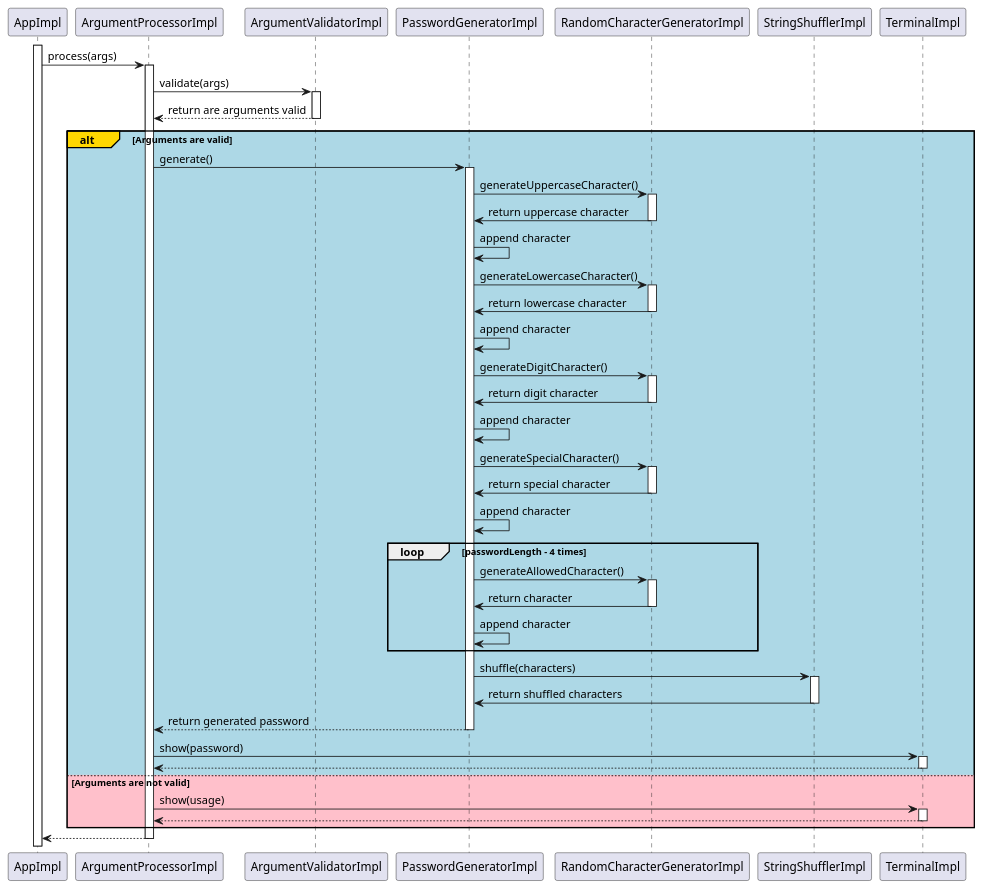
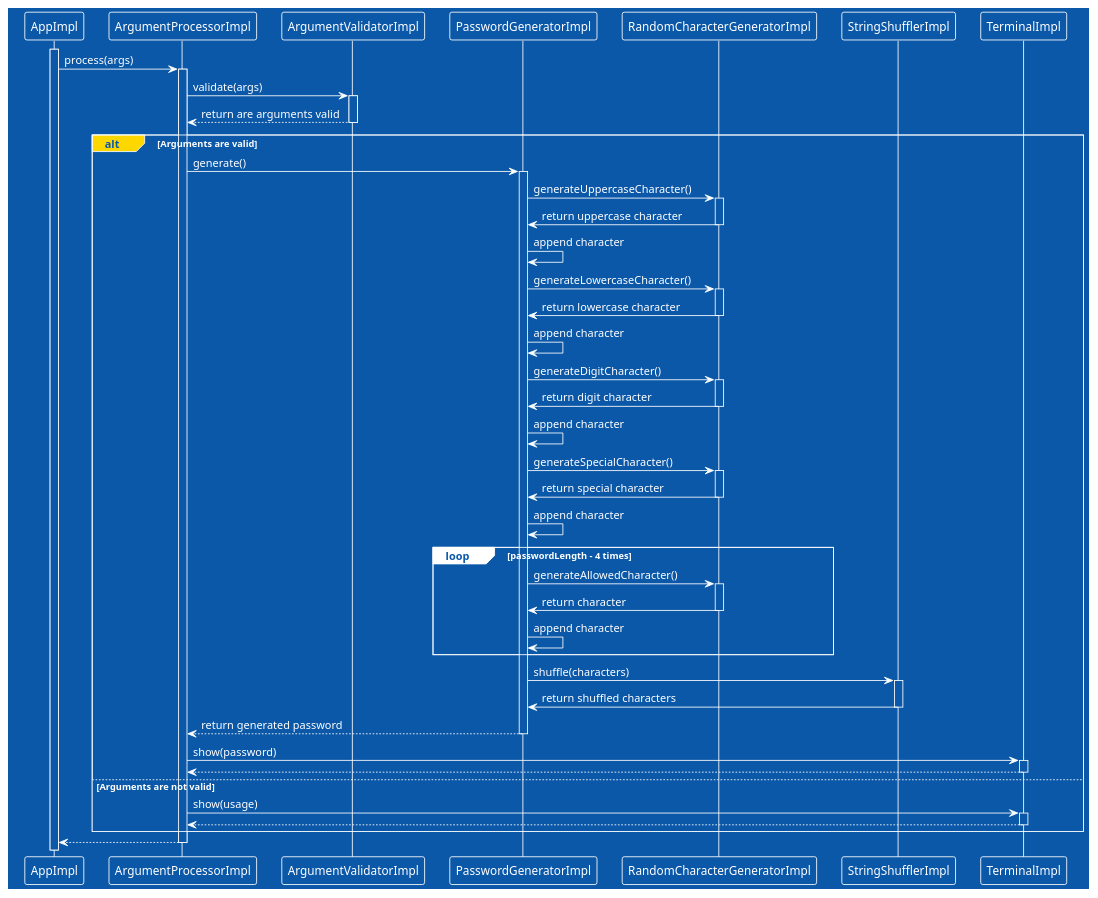
One commit to djvelimir/demo-java-cli changed the diagram in diagrams/Sequence.puml. Above: the diagram before and after it, drawn with PlantUML. The commit also changed 3 other files, not shown here.

```diff
--- a/diagrams/Sequence.puml
+++ b/diagrams/Sequence.puml
@@ -1,85 +1,86 @@
 @startuml Sequence
+!theme amiga
 participant AppImpl as app
 participant ArgumentProcessorImpl as argumentProcessor
 participant ArgumentValidatorImpl as argumentValidator
 participant PasswordGeneratorImpl as passwordGenerator
 participant RandomCharacterGeneratorImpl as randomCharacterGenerator
 participant StringShufflerImpl as stringShuffler
 participant TerminalImpl as terminal
 
 activate app
 
 app -> argumentProcessor: process(args)
 activate argumentProcessor
 
 argumentProcessor -> argumentValidator: validate(args)
 activate argumentValidator
 argumentProcessor <-- argumentValidator: return are arguments valid
 deactivate argumentValidator
 
-alt#Gold #LightBlue Arguments are valid
+alt#Gold Arguments are valid
     argumentProcessor -> passwordGenerator: generate()
     activate passwordGenerator
 
     passwordGenerator -> randomCharacterGenerator: generateUppercaseCharacter()
     activate randomCharacterGenerator
 
     randomCharacterGenerator -> passwordGenerator: return uppercase character
     deactivate randomCharacterGenerator
     passwordGenerator -> passwordGenerator: append character
 
     passwordGenerator -> randomCharacterGenerator: generateLowercaseCharacter()
     activate randomCharacterGenerator
 
     randomCharacterGenerator -> passwordGenerator: return lowercase character
     deactivate randomCharacterGenerator
     passwordGenerator -> passwordGenerator: append character
 
     passwordGenerator -> randomCharacterGenerator: generateDigitCharacter()
     activate randomCharacterGenerator
 
     randomCharacterGenerator -> passwordGenerator: return digit character
     deactivate randomCharacterGenerator
     passwordGenerator -> passwordGenerator: append character
 
     passwordGenerator -> randomCharacterGenerator: generateSpecialCharacter()
     activate randomCharacterGenerator
 
     randomCharacterGenerator -> passwordGenerator: return special character
     deactivate randomCharacterGenerator
     passwordGenerator -> passwordGenerator: append character
 
     loop passwordLength - 4 times
         passwordGenerator -> randomCharacterGenerator: generateAllowedCharacter()
         activate randomCharacterGenerator
 
         randomCharacterGenerator -> passwordGenerator: return character
         deactivate randomCharacterGenerator
         passwordGenerator -> passwordGenerator: append character
     end
 
     passwordGenerator -> stringShuffler: shuffle(characters)
     activate stringShuffler
 
     stringShuffler -> passwordGenerator: return shuffled characters
     deactivate stringShuffler
 
     argumentProcessor <-- passwordGenerator: return generated password
     deactivate passwordGenerator
 
     argumentProcessor -> terminal: show(password)
     activate terminal
     argumentProcessor <-- terminal
     deactivate terminal
 
-else #Pink Arguments are not valid
+else Arguments are not valid
     argumentProcessor -> terminal: show(usage)
     activate terminal
     argumentProcessor <-- terminal
     deactivate terminal
 end
 
 app <-- argumentProcessor
 deactivate argumentProcessor
 
 @enduml
```
